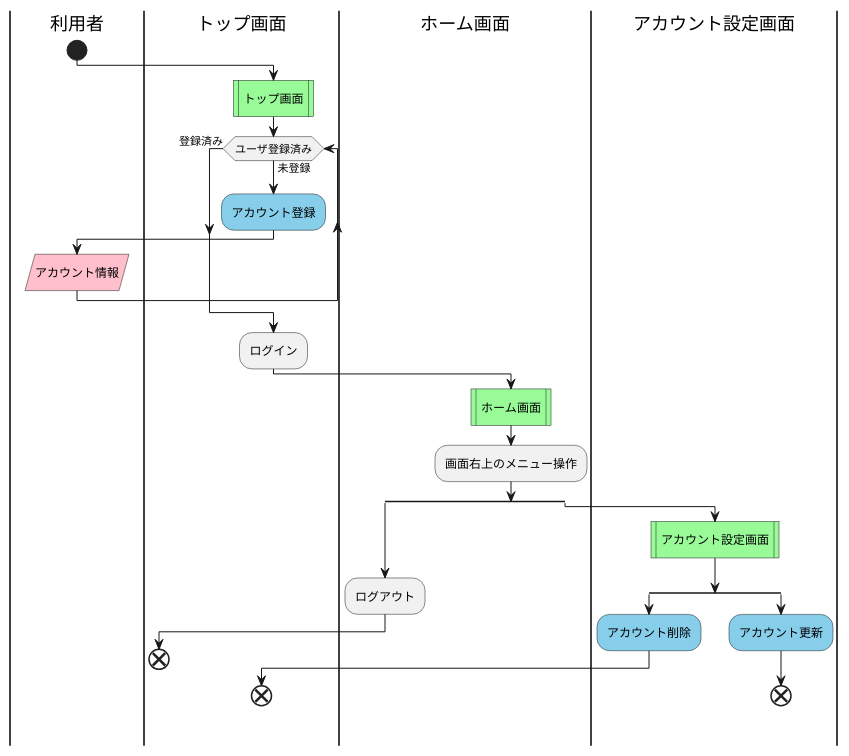
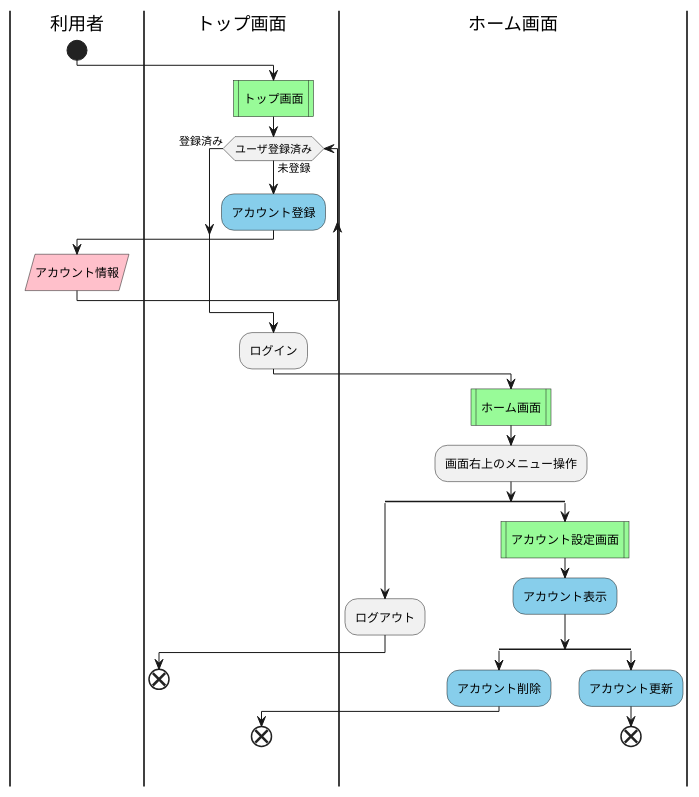
The diagram in design/RD/PK_01_共通/FN_0101_アカウント管理.pu (ponta-dev/pmmaster), drawn with PlantUML before and after one commit. The commit also changed 1 other file, not shown here.

```diff
--- a/design/RD/PK_01_共通/FN_0101_アカウント管理.pu
+++ b/design/RD/PK_01_共通/FN_0101_アカウント管理.pu
@@ -1,42 +1,42 @@
 @startuml "アカウント管理"
 
 |利用者|
 start
 
 |トップ画面|
 #palegreen:トップ画面|
 while (ユーザ登録済み) is (未登録)
     #skyblue:アカウント登録;
     |利用者|
     #pink:アカウント情報/
     |トップ画面|
 endwhile (登録済み)
 :ログイン;
 
 |ホーム画面|
 #palegreen:ホーム画面|
 
 :画面右上のメニュー操作;
 split
     :ログアウト;
     |トップ画面|
     end
     |ホーム画面|
 split again
-    |アカウント設定画面|
     #palegreen:アカウント設定画面|
+    #skyblue:アカウント表示;
 
     split
         #skyblue:アカウント削除;
         |トップ画面|
         end
-        |アカウント設定画面|
+        |ホーム画面|
     split again
         #skyblue:アカウント更新;
         end
     endsplit
     
 
 endsplit
 
 @enduml
```
